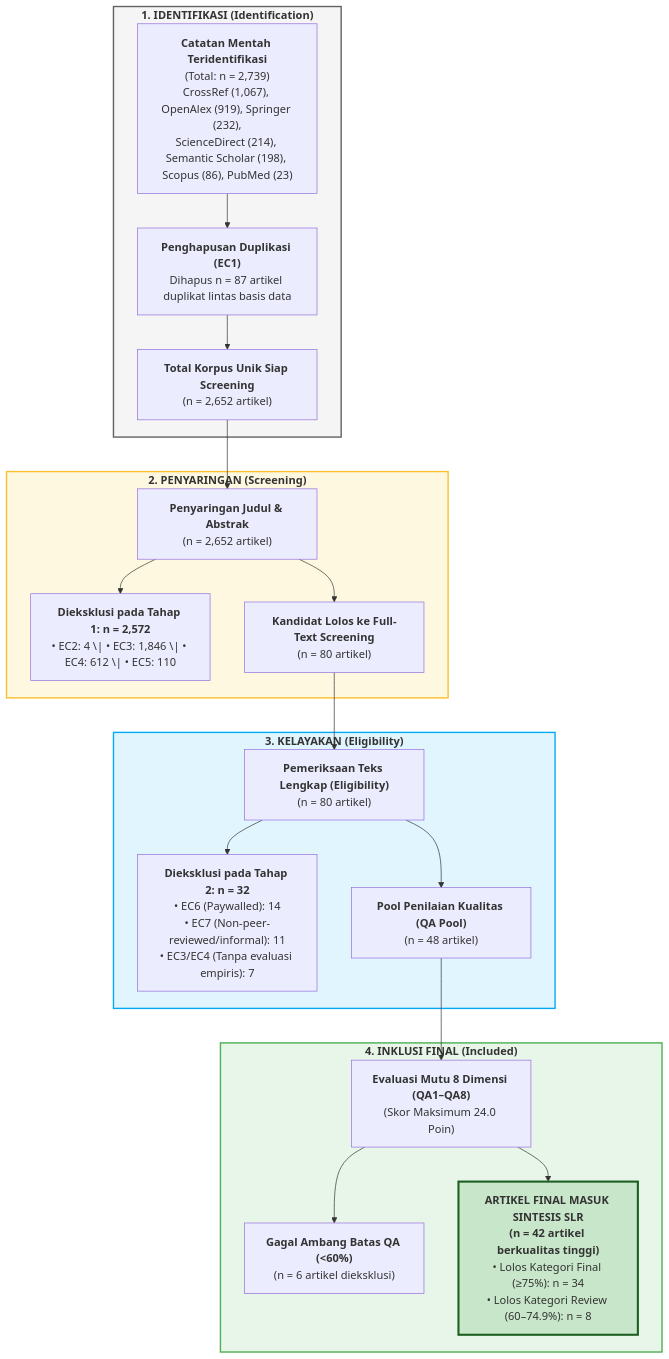
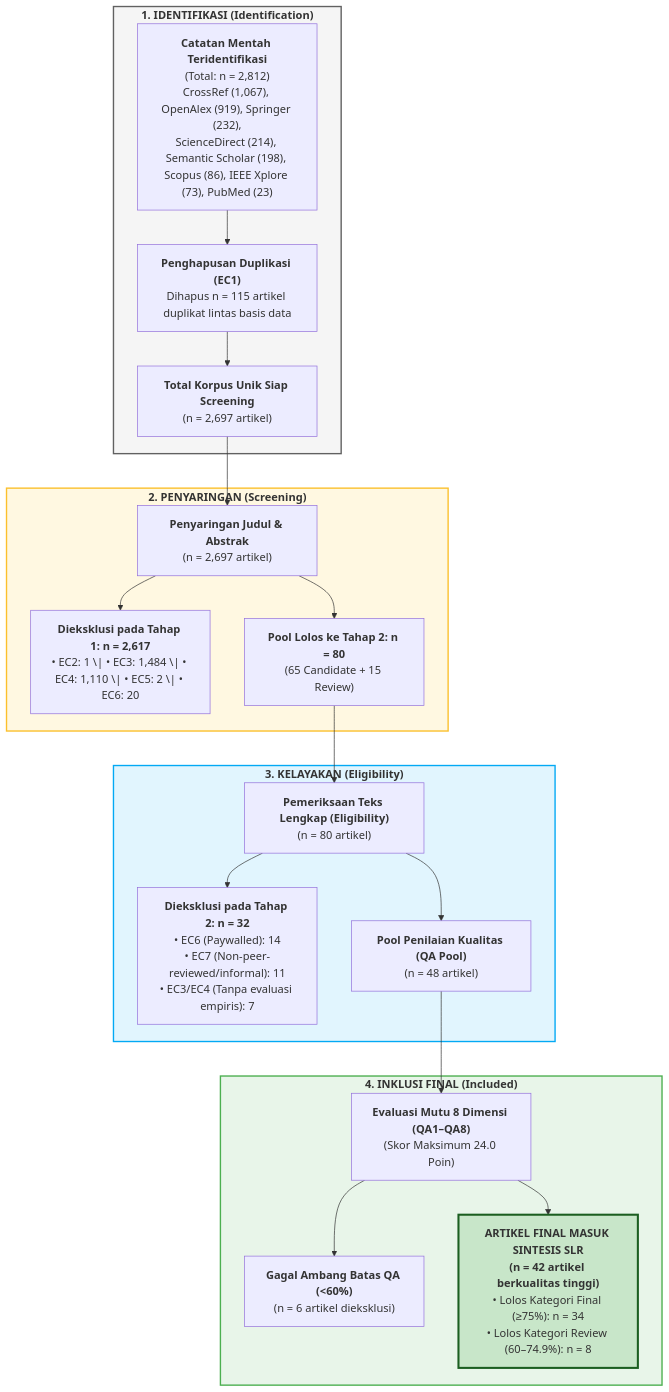
The second of 2 diagrams in README.md (aryarefman/penulisan-ilmiah), drawn with Mermaid before and after one commit. The commit also changed other lines of this file and 18 other files, not shown here.

````diff
--- a/README.md
+++ b/README.md
@@ -136,42 +135,42 @@
 ```mermaid
 flowchart TD
     subgraph IDENTIFIKASI ["<b>1. IDENTIFIKASI (Identification)</b>"]
-        Raw["<b>Catatan Mentah Teridentifikasi</b><br>(Total: n = 2,739)<br>CrossRef (1,067), OpenAlex (919), Springer (232),<br>ScienceDirect (214), Semantic Scholar (198), Scopus (86), PubMed (23)"]
-        Dedup["<b>Penghapusan Duplikasi (EC1)</b><br>Dihapus n = 87 artikel duplikat lintas basis data"]
-        Unique["<b>Total Korpus Unik Siap Screening</b><br>(n = 2,652 artikel)"]
+        Raw["<b>Catatan Mentah Teridentifikasi</b><br>(Total: n = 2,812)<br>CrossRef (1,067), OpenAlex (919), Springer (232),<br>ScienceDirect (214), Semantic Scholar (198), Scopus (86), IEEE Xplore (73), PubMed (23)"]
+        Dedup["<b>Penghapusan Duplikasi (EC1)</b><br>Dihapus n = 115 artikel duplikat lintas basis data"]
+        Unique["<b>Total Korpus Unik Siap Screening</b><br>(n = 2,697 artikel)"]
         Raw --> Dedup --> Unique
     end
 
     subgraph PENYARINGAN ["<b>2. PENYARINGAN (Screening)</b>"]
-        Screened["<b>Penyaringan Judul & Abstrak</b><br>(n = 2,652 artikel)"]
-        ExF1["<b>Dieksklusi pada Tahap 1: n = 2,572</b><br>• EC2: 4 \| • EC3: 1,846 \| • EC4: 612 \| • EC5: 110"]
-        Cand["<b>Kandidat Lolos ke Full-Text Screening</b><br>(n = 80 artikel)"]
+        Screened["<b>Penyaringan Judul & Abstrak</b><br>(n = 2,697 artikel)"]
+        ExF1["<b>Dieksklusi pada Tahap 1: n = 2,617</b><br>• EC2: 1 \| • EC3: 1,484 \| • EC4: 1,110 \| • EC5: 2 \| • EC6: 20"]
+        Cand["<b>Pool Lolos ke Tahap 2: n = 80</b><br>(65 Candidate + 15 Review)"]
         Unique --> Screened
         Screened --> ExF1
         Screened --> Cand
     end
 
     subgraph KELAYAKAN ["<b>3. KELAYAKAN (Eligibility)</b>"]
         FT["<b>Pemeriksaan Teks Lengkap (Eligibility)</b><br>(n = 80 artikel)"]
         ExF2["<b>Dieksklusi pada Tahap 2: n = 32</b><br>• EC6 (Paywalled): 14<br>• EC7 (Non-peer-reviewed/informal): 11<br>• EC3/EC4 (Tanpa evaluasi empiris): 7"]
         QA_Pool["<b>Pool Penilaian Kualitas (QA Pool)</b><br>(n = 48 artikel)"]
         Cand --> FT
         FT --> ExF2
         FT --> QA_Pool
     end
 
     subgraph INKLUSI ["<b>4. INKLUSI FINAL (Included)</b>"]
         QA_Eval["<b>Evaluasi Mutu 8 Dimensi (QA1–QA8)</b><br>(Skor Maksimum 24.0 Poin)"]
         QA_Ex["<b>Gagal Ambang Batas QA (&lt;60%)</b><br>(n = 6 artikel dieksklusi)"]
         FinalInc["<b>ARTIKEL FINAL MASUK SINTESIS SLR</b><br><b>(n = 42 artikel berkualitas tinggi)</b><br>• Lolos Kategori Final (&ge;75%): n = 34<br>• Lolos Kategori Review (60–74.9%): n = 8"]
         QA_Pool --> QA_Eval
         QA_Eval --> QA_Ex
         QA_Eval --> FinalInc
     end
 
     style IDENTIFIKASI fill:#f5f5f5,stroke:#616161,stroke-width:2px
     style PENYARINGAN fill:#fff8e1,stroke:#fbc02d,stroke-width:2px
     style KELAYAKAN fill:#e1f5fe,stroke:#03a9f4,stroke-width:2px
     style INKLUSI fill:#e8f5e9,stroke:#4caf50,stroke-width:2px
     style FinalInc fill:#c8e6c9,stroke:#1b5e20,stroke-width:3px
 ```
````
